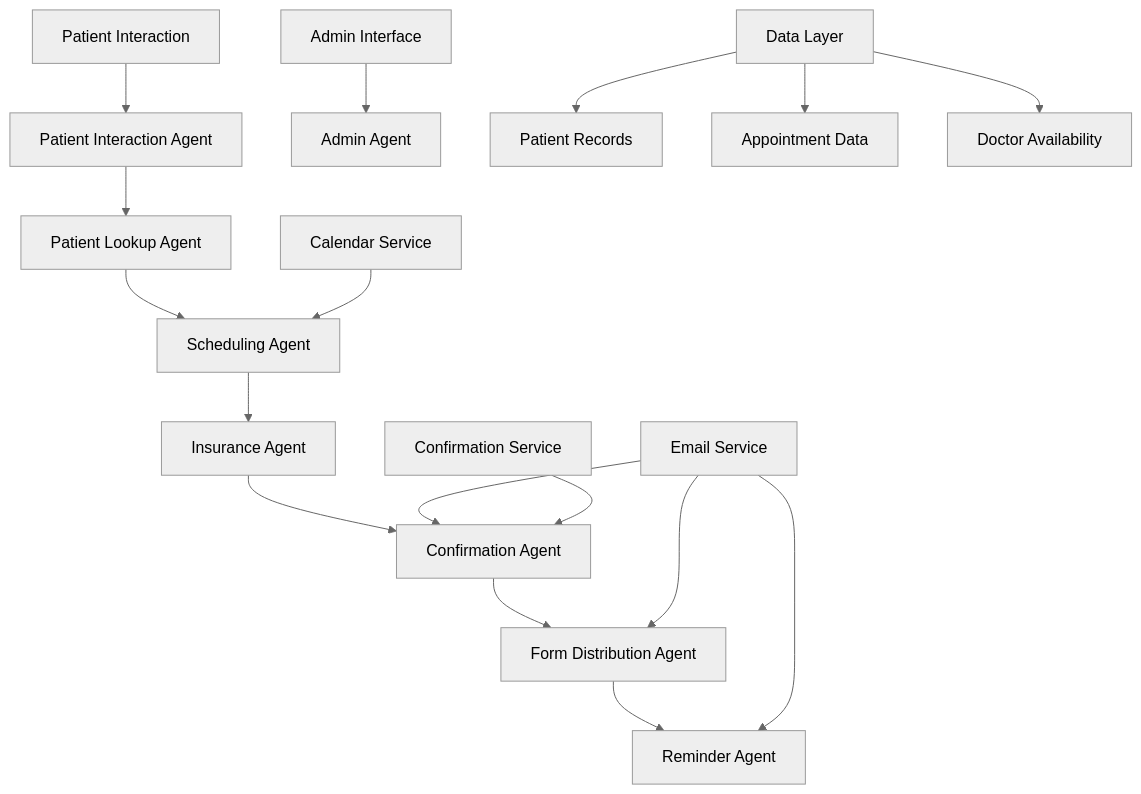
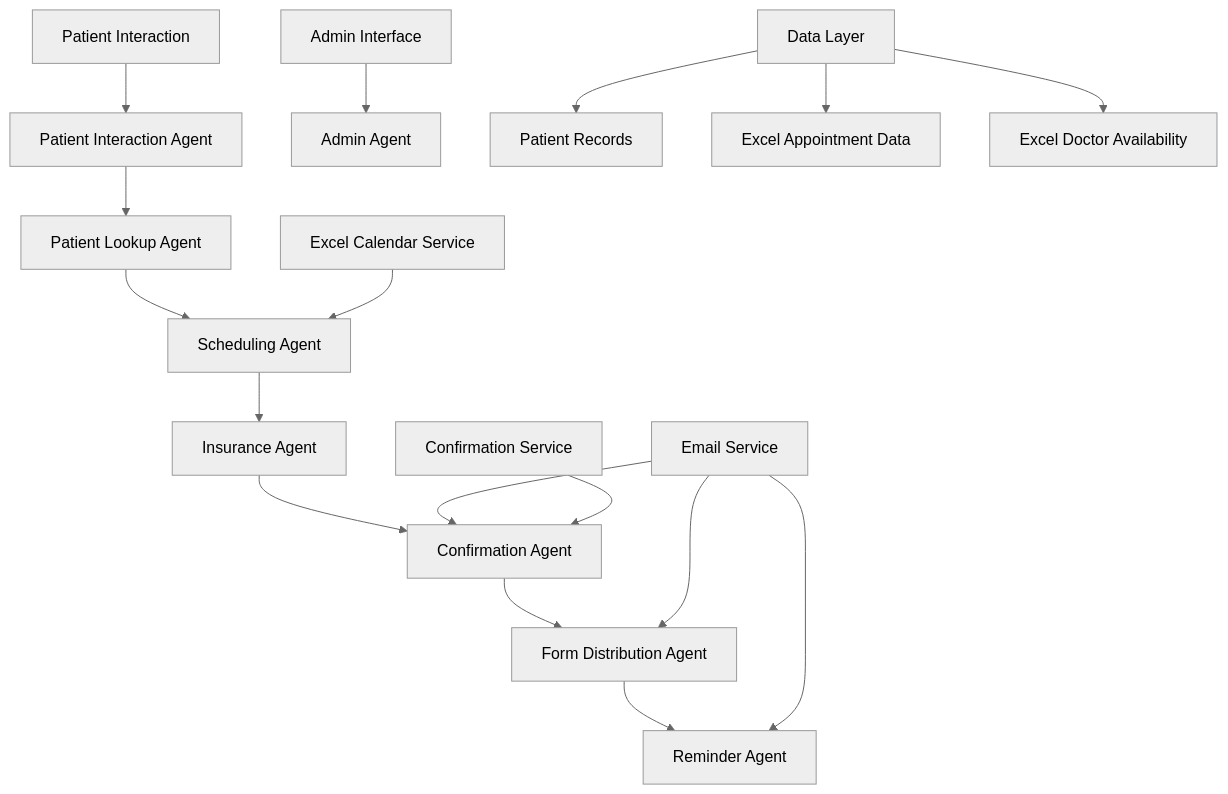
Before and after one commit to jagadeshchilla/medical_ai_agent: the first of 2 diagrams in README.md, drawn with Mermaid (neutral theme). The commit also changed other lines of this file, not shown here.

````diff
--- a/README.md
+++ b/README.md
@@ -121,22 +151,22 @@
 ```mermaid
 graph TB
     A[Patient Interaction] --> B[Patient Interaction Agent]
     B --> C[Patient Lookup Agent]
     C --> D[Scheduling Agent]
     D --> E[Insurance Agent]
     E --> F[Confirmation Agent]
     F --> G[Form Distribution Agent]
     G --> H[Reminder Agent]
     
     I[Admin Interface] --> J[Admin Agent]
     
-    K[Calendar Service] --> D
+    K[Excel Calendar Service] --> D
     L[Email Service] --> F
     L --> G
     L --> H
     M[Confirmation Service] --> F
     
     N[Data Layer] --> O[Patient Records]
-    N --> P[Appointment Data]
-    N --> Q[Doctor Availability]
+    N --> P[Excel Appointment Data]
+    N --> Q[Excel Doctor Availability]
 ```
````
